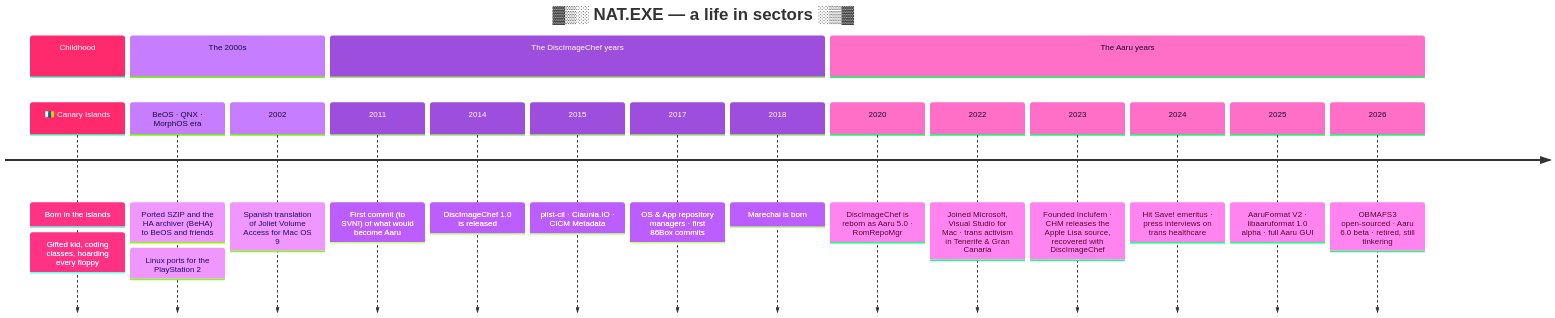
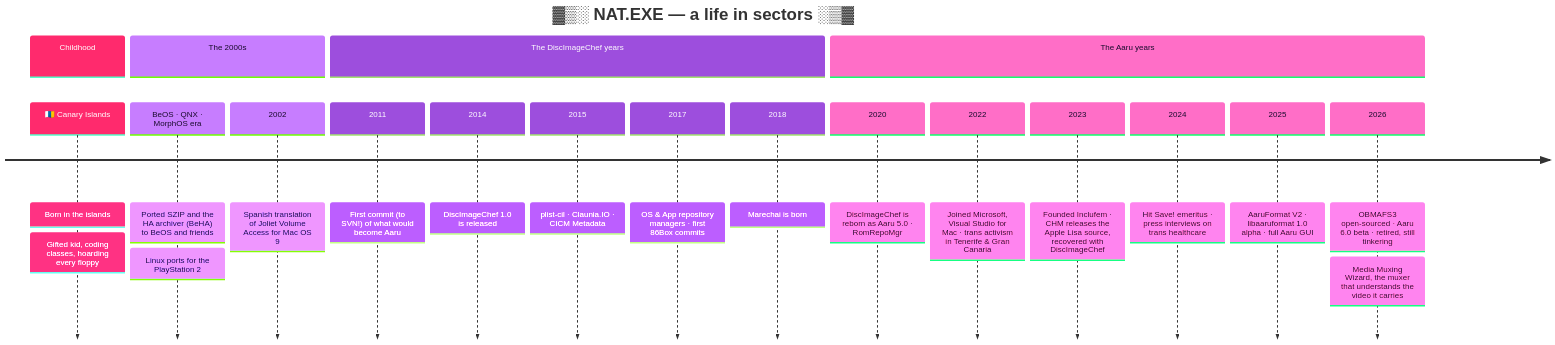
One commit to claunia/claunia changed the diagram in README.md. Above: the diagram before and after it, drawn with Mermaid. The commit also changed other lines of this file, not shown here.

Commit message:
Feature Media Muxing Wizard and add preservation_scripts to profile

````diff
--- a/README.md
+++ b/README.md
@@ -79,33 +79,34 @@
 ```mermaid
 %%{init: {'theme':'base', 'themeVariables': {
   'fontFamily':'monospace',
   'cScale0':'#ff2a6d','cScaleLabel0':'#ffffff',
   'cScale1':'#c77dff','cScaleLabel1':'#1a0b2e',
   'cScale2':'#9d4edd','cScaleLabel2':'#ffffff',
   'cScale3':'#ff6ec7','cScaleLabel3':'#1a0b2e',
   'cScale4':'#7b2cbf','cScaleLabel4':'#ffffff',
   'cScale5':'#05d9e8','cScaleLabel5':'#1a0b2e'
 }}}%%
 timeline
     title ▓▒░ NAT.EXE — a life in sectors ░▒▓
     section Childhood
         🇮🇨 Canary Islands : Born in the islands
                           : Gifted kid, coding classes, hoarding every floppy
     section The 2000s
         BeOS · QNX · MorphOS era : Ported SZIP and the HA archiver (BeHA) to BeOS and friends
                                  : Linux ports for the PlayStation 2
         2002 : Spanish translation of Joliet Volume Access for Mac OS 9
     section The DiscImageChef years
         2011 : First commit (to SVN!) of what would become Aaru
         2014 : DiscImageChef 1.0 is released
         2015 : plist-cil · Claunia.IO · CICM Metadata
         2017 : OS & App repository managers · first 86Box commits
         2018 : Marechai is born
     section The Aaru years
         2020 : DiscImageChef is reborn as Aaru 5.0 · RomRepoMgr
         2022 : Joined Microsoft, Visual Studio for Mac · trans activism in Tenerife & Gran Canaria
         2023 : Founded Inclufem · CHM releases the Apple Lisa source, recovered with DiscImageChef
         2024 : Hit Save! emeritus · press interviews on trans healthcare
         2025 : AaruFormat V2 · libaaruformat 1.0 alpha · full Aaru GUI
         2026 : OBMAFS3 open-sourced · Aaru 6.0 beta · retired, still tinkering
+             : Media Muxing Wizard, the muxer that understands the video it carries
 ```
````
